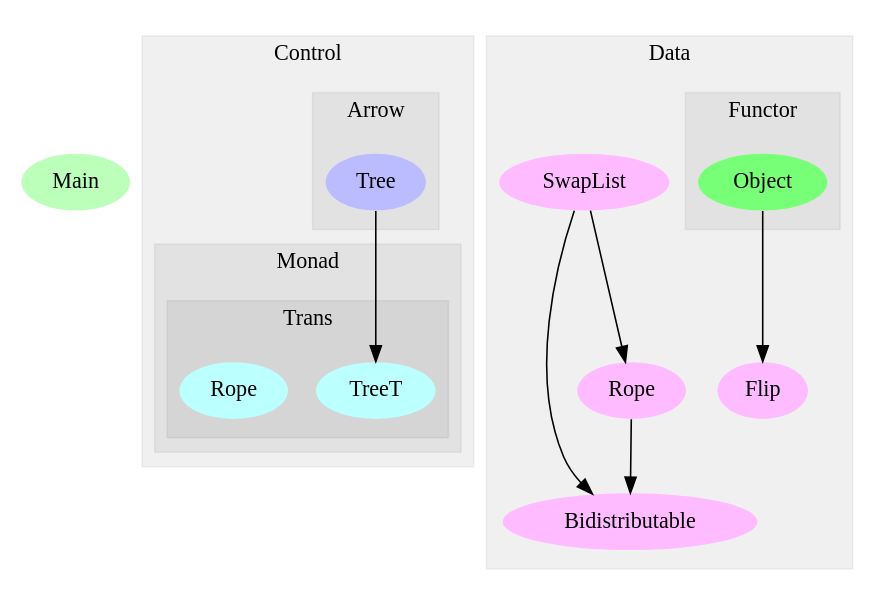
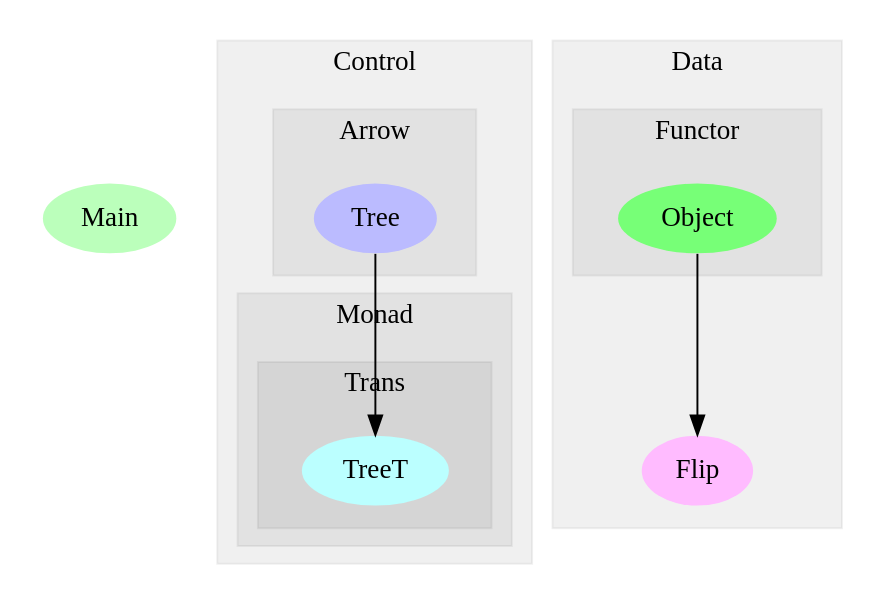
Before and after one commit to michaeljklein/flock-pieces-treet: the diagram in dependency_graph.dot, drawn with Graphviz. The commit also changed 35 other files, not shown here.

Commit message:
kicked out Control.Monad.Trans.Rope, Data.Bidistributable, Data.Rope, and Data.SwapList to through at git rev-parse HEAD = 295480bc71afcfc2980d12fd4ad1e44cf7abff9d

```diff
--- a/dependency_graph.dot
+++ b/dependency_graph.dot
@@ -1,55 +1,48 @@
 digraph G {
 size="6,4";
 ratio="fill";
-u8[label="Main",style="filled",fillcolor="#bbffbb",penwidth="0"];
+u4[label="Main",style="filled",fillcolor="#bbffbb",penwidth="0"];
 subgraph cluster_0 {
 label="Control";
 color="#0000000F";
 style="filled";
 subgraph cluster_1 {
 label="Arrow";
 color="#0000000F";
 style="filled";
 u1[label="Tree",style="filled",fillcolor="#bbbbff",penwidth="0"];
 
 }
 subgraph cluster_2 {
 label="Monad";
 color="#0000000F";
 style="filled";
 subgraph cluster_3 {
 label="Trans";
 color="#0000000F";
 style="filled";
 u0[label="TreeT",style="filled",fillcolor="#bbffff",penwidth="0"];
-u2[label="Rope",style="filled",fillcolor="#bbffff",penwidth="0"];
 
 }
 
 }
 
 }
 subgraph cluster_4 {
 label="Data";
 color="#0000000F";
 style="filled";
-u3[label="Bidistributable",style="filled",fillcolor="#ffbbff",penwidth="0"];
-u4[label="Flip",style="filled",fillcolor="#ffbbff",penwidth="0"];
-u6[label="Rope",style="filled",fillcolor="#ffbbff",penwidth="0"];
-u7[label="SwapList",style="filled",fillcolor="#ffbbff",penwidth="0"];
+u2[label="Flip",style="filled",fillcolor="#ffbbff",penwidth="0"];
 subgraph cluster_5 {
 label="Functor";
 color="#0000000F";
 style="filled";
-u5[label="Object",style="filled",fillcolor="#77ff77",penwidth="0"];
+u3[label="Object",style="filled",fillcolor="#77ff77",penwidth="0"];
 
 }
 
 }
 u1 -> u0;
-u5 -> u4;
-u6 -> u3;
-u7 -> u3;
-u7 -> u6;
+u3 -> u2;
 
 }
```
